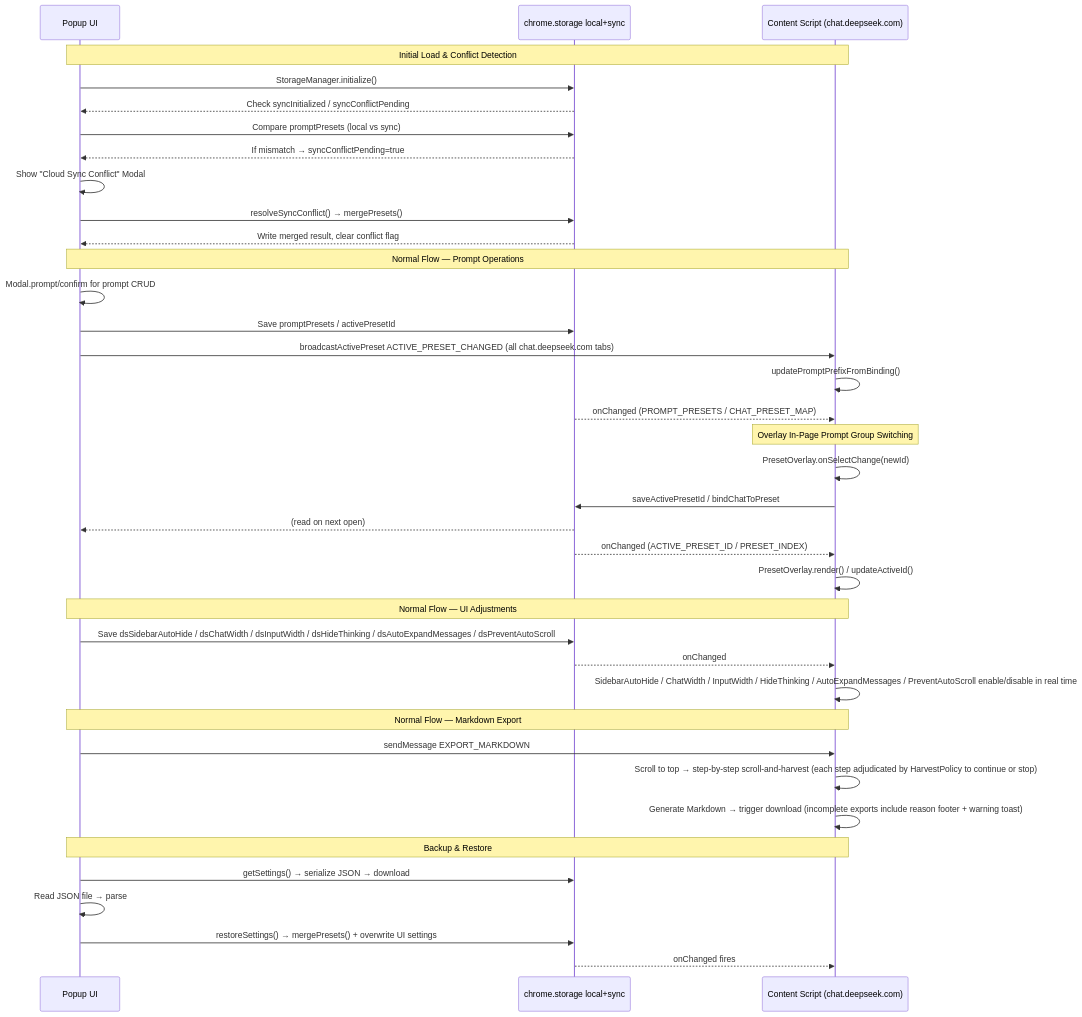
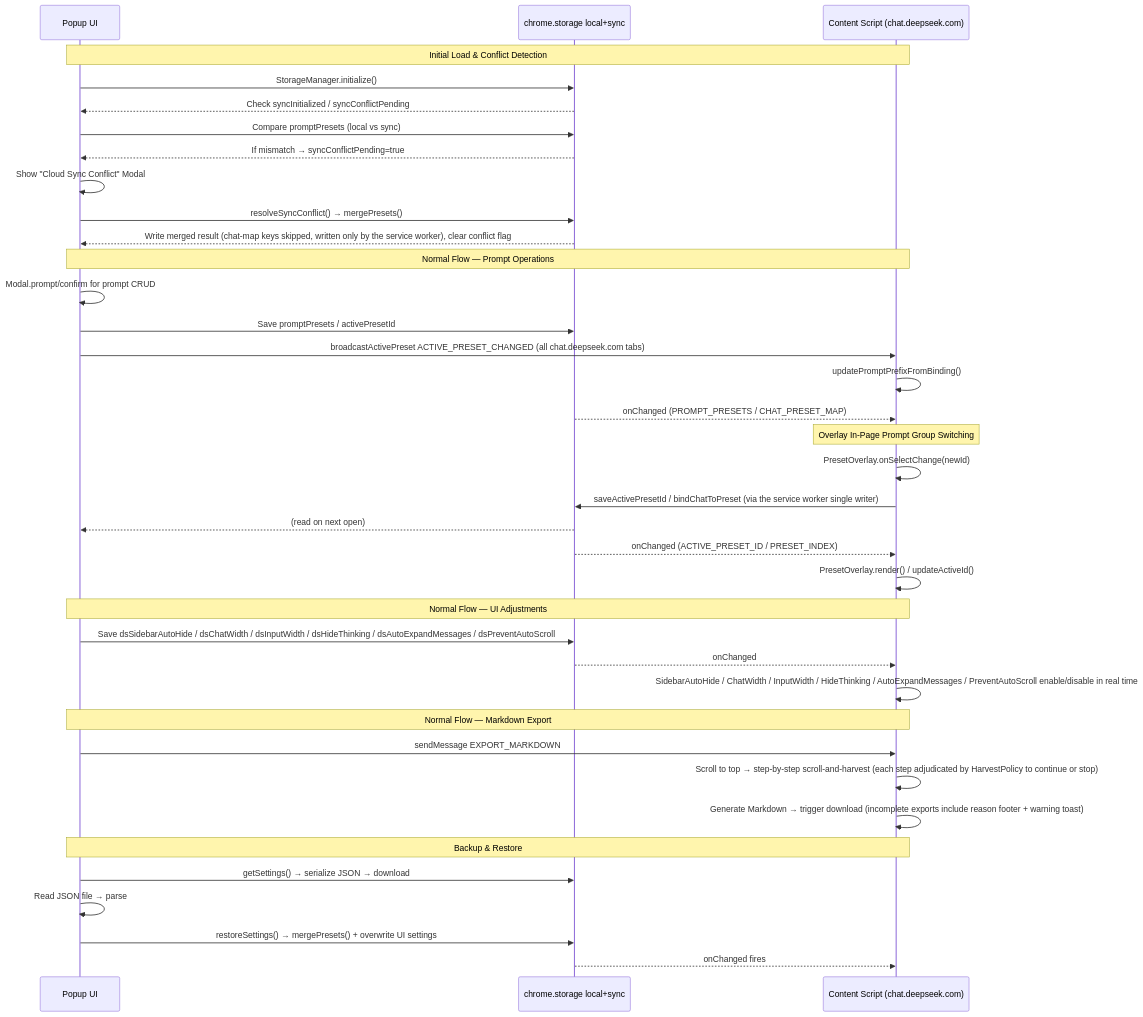
Before and after one commit to sov1n14/ds-studio: the diagram in docs/en/ARCHITECTURE.md, drawn with Mermaid. The commit also changed other lines of this file and 78 other files, not shown here.

````diff
--- a/docs/en/ARCHITECTURE.md
+++ b/docs/en/ARCHITECTURE.md
@@ -333,45 +336,45 @@
 ```mermaid
 sequenceDiagram
     participant Popup as Popup UI
     participant Storage as chrome.storage local+sync
     participant Content as Content Script (chat.deepseek.com)
 
     Note over Popup,Content: Initial Load & Conflict Detection
     Popup->>Storage: StorageManager.initialize()
     Storage-->>Popup: Check syncInitialized / syncConflictPending
     Popup->>Storage: Compare promptPresets (local vs sync)
     Storage-->>Popup: If mismatch → syncConflictPending=true
     Popup->>Popup: Show "Cloud Sync Conflict" Modal
     Popup->>Storage: resolveSyncConflict() → mergePresets()
-    Storage-->>Popup: Write merged result, clear conflict flag
+    Storage-->>Popup: Write merged result (chat-map keys skipped, written only by the service worker), clear conflict flag
 
     Note over Popup,Content: Normal Flow — Prompt Operations
     Popup->>Popup: Modal.prompt/confirm for prompt CRUD
     Popup->>Storage: Save promptPresets / activePresetId
     Popup->>Content: broadcastActivePreset ACTIVE_PRESET_CHANGED (all chat.deepseek.com tabs)
     Content->>Content: updatePromptPrefixFromBinding()
     Storage-->>Content: onChanged (PROMPT_PRESETS / CHAT_PRESET_MAP)
 
     Note over Content: Overlay In-Page Prompt Group Switching
     Content->>Content: PresetOverlay.onSelectChange(newId)
-    Content->>Storage: saveActivePresetId / bindChatToPreset
+    Content->>Storage: saveActivePresetId / bindChatToPreset (via the service worker single writer)
     Storage-->>Popup: (read on next open)
     Storage-->>Content: onChanged (ACTIVE_PRESET_ID / PRESET_INDEX)
     Content->>Content: PresetOverlay.render() / updateActiveId()
 
     Note over Popup,Content: Normal Flow — UI Adjustments
     Popup->>Storage: Save dsSidebarAutoHide / dsChatWidth / dsInputWidth / dsHideThinking / dsAutoExpandMessages / dsPreventAutoScroll
     Storage-->>Content: onChanged
     Content->>Content: SidebarAutoHide / ChatWidth / InputWidth / HideThinking / AutoExpandMessages / PreventAutoScroll enable/disable in real time
 
     Note over Popup,Content: Normal Flow — Markdown Export
     Popup->>Content: sendMessage EXPORT_MARKDOWN
     Content->>Content: Scroll to top → step-by-step scroll-and-harvest (each step adjudicated by HarvestPolicy to continue or stop)
     Content->>Content: Generate Markdown → trigger download (incomplete exports include reason footer + warning toast)
 
     Note over Popup,Content: Backup & Restore
     Popup->>Storage: getSettings() → serialize JSON → download
     Popup->>Popup: Read JSON file → parse
     Popup->>Storage: restoreSettings() → mergePresets() + overwrite UI settings
     Storage-->>Content: onChanged fires
 ```
````
